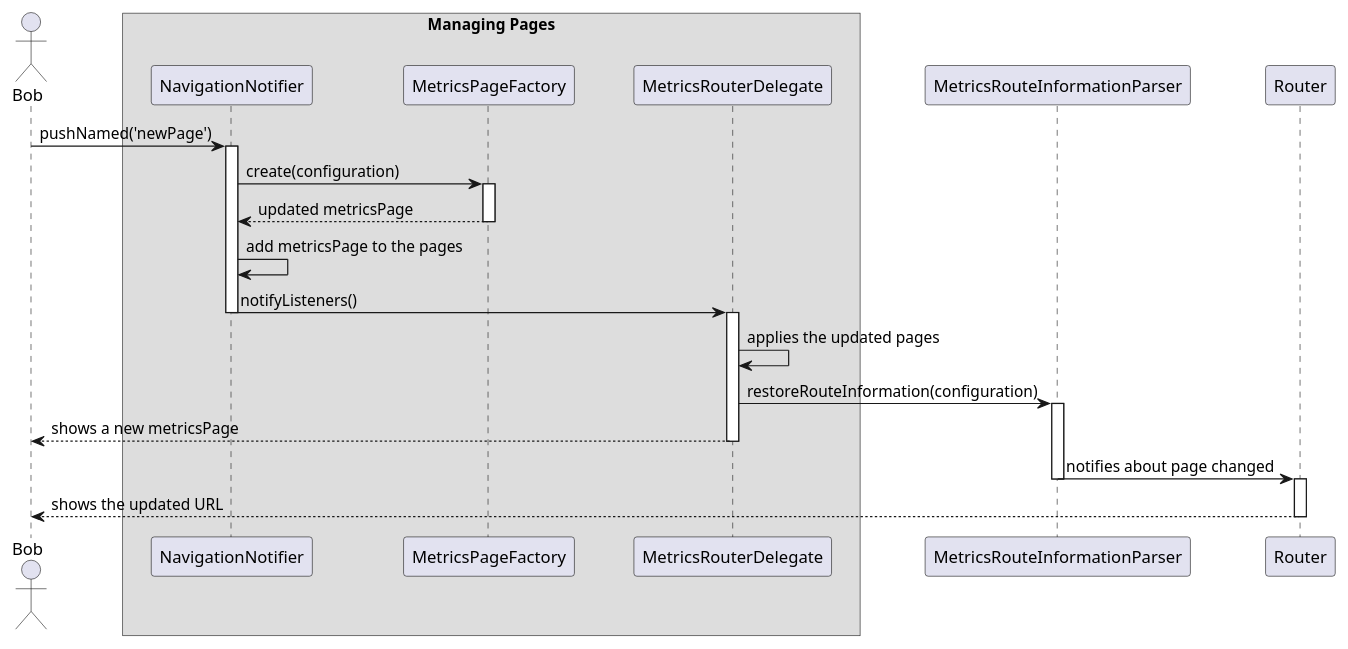
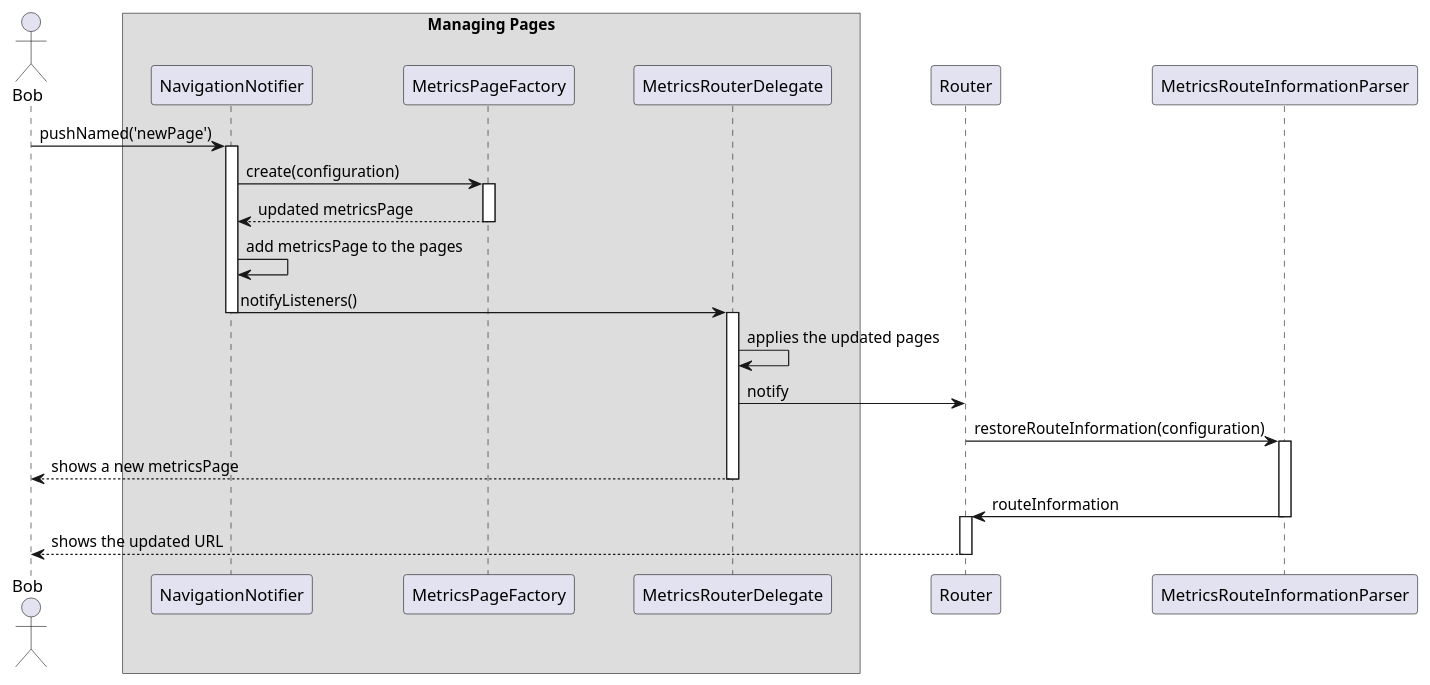
Before and after one commit to Flank/flank-dashboard: the diagram in metrics/web/docs/features/navigation/diagrams/internal_navigation_sequence_diagram.puml, drawn with PlantUML. The commit also changed 3 other files, not shown here.

```diff
--- a/metrics/web/docs/features/navigation/diagrams/internal_navigation_sequence_diagram.puml
+++ b/metrics/web/docs/features/navigation/diagrams/internal_navigation_sequence_diagram.puml
@@ -1,48 +1,50 @@
 @startuml internal_navigation_sequence_diagram
 skinparam ParticipantPadding 20
 skinparam BoxPadding 10
 
 actor Bob
 
 
 
 box Managing Pages
 participant NavigationNotifier
 participant MetricsPageFactory
 participant MetricsRouterDelegate
 endbox
 
+participant Router
+
 participant MetricsRouteInformationParser
-
-participant Router
 
 Bob -> NavigationNotifier : pushNamed('newPage')
 activate NavigationNotifier
 
 NavigationNotifier -> MetricsPageFactory : create(configuration)
 activate MetricsPageFactory
 
 return updated metricsPage
 
 NavigationNotifier -> NavigationNotifier : add metricsPage to the pages
 
 NavigationNotifier -> MetricsRouterDelegate : notifyListeners()
 deactivate NavigationNotifier
 activate MetricsRouterDelegate
 
 MetricsRouterDelegate -> MetricsRouterDelegate: applies the updated pages
 
-MetricsRouterDelegate -> MetricsRouteInformationParser : restoreRouteInformation(configuration)
+MetricsRouterDelegate -> Router: notify
+
+Router -> MetricsRouteInformationParser : restoreRouteInformation(configuration)
 activate MetricsRouteInformationParser
 
 MetricsRouterDelegate --> Bob : shows a new metricsPage
 deactivate MetricsRouterDelegate
 
-MetricsRouteInformationParser -> Router : notifies about page changed
+MetricsRouteInformationParser -> Router : routeInformation
 deactivate MetricsRouteInformationParser
 activate Router
 
 Router -->  Bob : shows the updated URL
 deactivate Router
 
 @enduml
```
